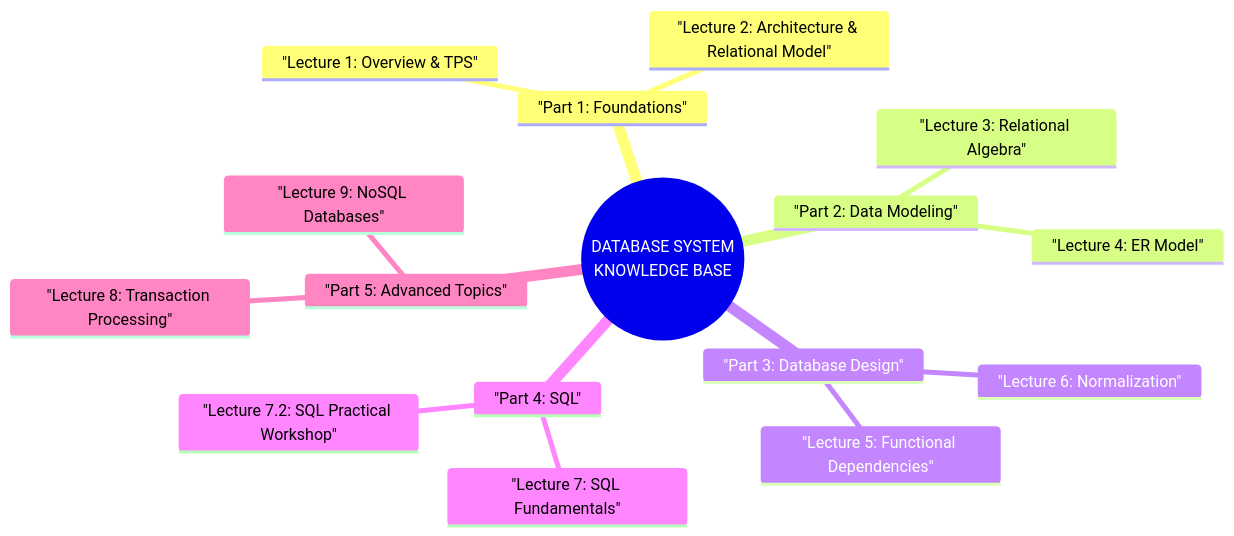
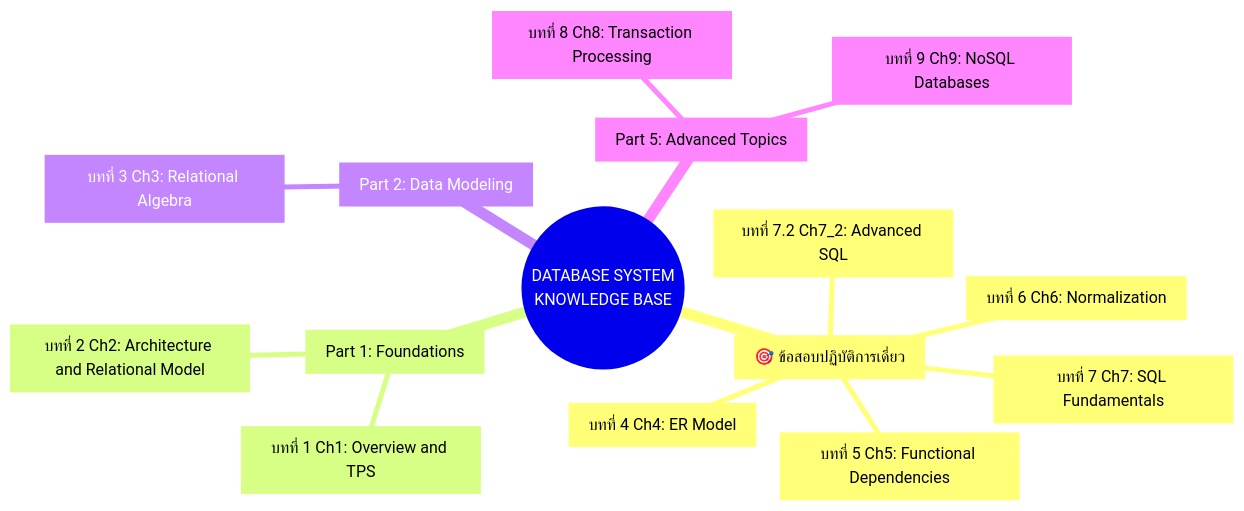
Before and after one commit to kanomoo/database-system: the diagram in Wiki/Database System Index.md, drawn with Mermaid. The commit also changed other lines of this file and 16 other files, not shown here.

````diff
--- a/Wiki/Database System Index.md
+++ b/Wiki/Database System Index.md
@@ -16,19 +40,18 @@
 ```mermaid
 mindmap
   root((DATABASE SYSTEM<br/>KNOWLEDGE BASE))
-    "Part 1: Foundations"
-      "Lecture 1: Overview & TPS"
-      "Lecture 2: Architecture & Relational Model"
-    "Part 2: Data Modeling"
-      "Lecture 3: Relational Algebra"
-      "Lecture 4: ER Model"
-    "Part 3: Database Design"
-      "Lecture 5: Functional Dependencies"
-      "Lecture 6: Normalization"
-    "Part 4: SQL"
-      "Lecture 7: SQL Fundamentals"
-      "Lecture 7.2: SQL Practical Workshop"
-    "Part 5: Advanced Topics"
-      "Lecture 8: Transaction Processing"
-      "Lecture 9: NoSQL Databases"
+    Exam["🎯 ข้อสอบปฏิบัติการเดี่ยว"]
+      Ch4["บทที่ 4 Ch4: ER Model"]
+      Ch5["บทที่ 5 Ch5: Functional Dependencies"]
+      Ch6["บทที่ 6 Ch6: Normalization"]
+      Ch7["บทที่ 7 Ch7: SQL Fundamentals"]
+      Ch72["บทที่ 7.2 Ch7_2: Advanced SQL"]
+    F["Part 1: Foundations"]
+      Ch1["บทที่ 1 Ch1: Overview and TPS"]
+      Ch2["บทที่ 2 Ch2: Architecture and Relational Model"]
+    M["Part 2: Data Modeling"]
+      Ch3["บทที่ 3 Ch3: Relational Algebra"]
+    A["Part 5: Advanced Topics"]
+      Ch8["บทที่ 8 Ch8: Transaction Processing"]
+      Ch9["บทที่ 9 Ch9: NoSQL Databases"]
 ```
````
